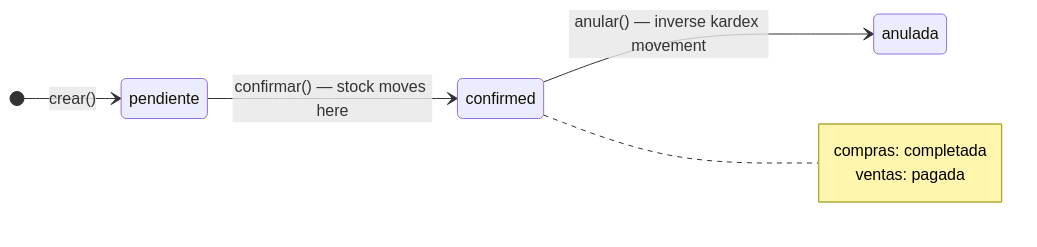
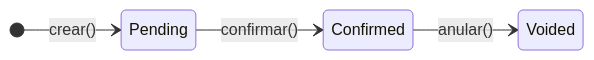
The first of 2 diagrams in README.md (dpedraza/billing-inventory-laravel), drawn with Mermaid before and after one commit. The commit also changed other lines of this file, not shown here.

Commit message:
docs: simplify document lifecycle diagram

````diff
--- a/README.md
+++ b/README.md
@@ -123,11 +123,7 @@
 ```mermaid
 stateDiagram-v2
     direction LR
-    [*] --> pendiente: crear()
-    pendiente --> confirmed: confirmar() — stock moves here
-    confirmed --> anulada: anular() — inverse kardex movement
-    note right of confirmed
-        compras: completada
-        ventas: pagada
-    end note
+    [*] --> Pending: crear()
+    Pending --> Confirmed: confirmar()
+    Confirmed --> Voided: anular()
 ```
````
